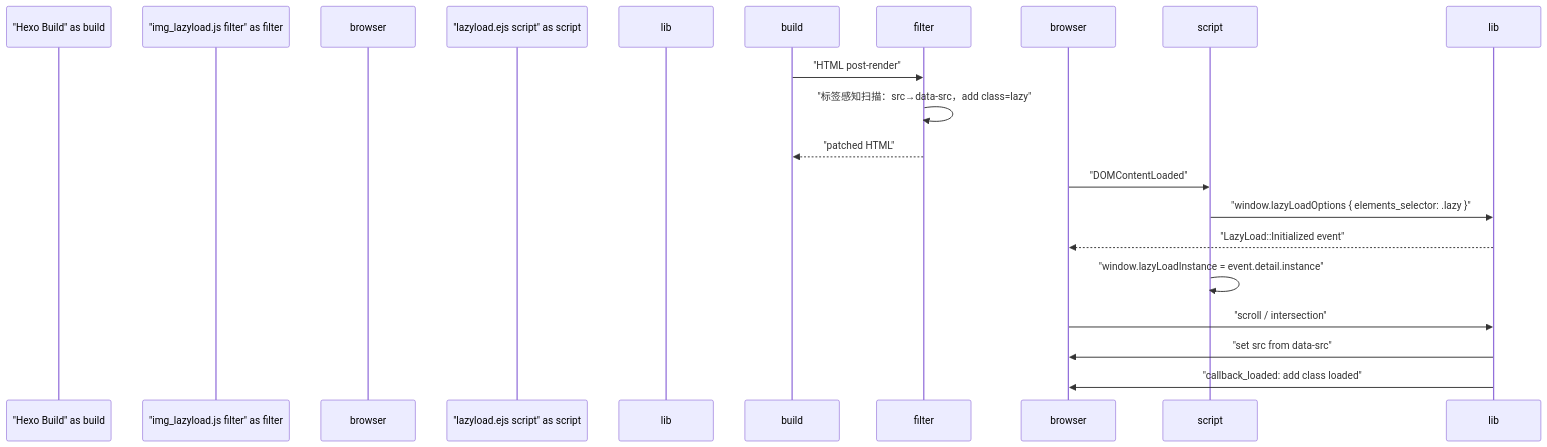
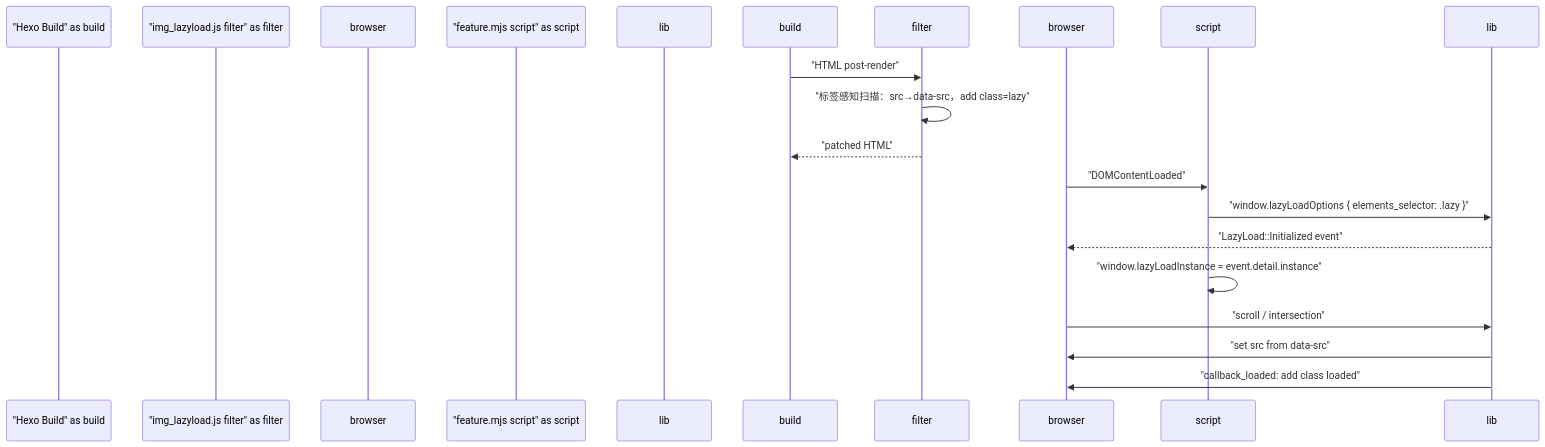
One commit to xaoxuu/hexo-theme-stellar changed the second of 3 diagrams in docs/knowledge/09-高级主题/performance.md. Above: the diagram before and after it, drawn with Mermaid. The commit also changed other lines of this file and 72 other files, not shown here.

````diff
--- a/docs/knowledge/09-高级主题/performance.md
+++ b/docs/knowledge/09-高级主题/performance.md
@@ -90,19 +90,19 @@
 ```mermaid
 sequenceDiagram
   participant "Hexo Build" as build
   participant "img_lazyload.js filter" as filter
   participant "Browser" as browser
-  participant "lazyload.ejs script" as script
+  participant "feature.mjs script" as script
   participant "vanilla-lazyload" as lib
 
   build->>filter: "HTML post-render"
   filter->>filter: "标签感知扫描：src→data-src，add class=lazy"
   filter-->>build: "patched HTML"
   browser->>script: "DOMContentLoaded"
   script->>lib: "window.lazyLoadOptions { elements_selector: .lazy }"
   lib-->>browser: "LazyLoad::Initialized event"
   script->>script: "window.lazyLoadInstance = event.detail.instance"
   browser->>lib: "scroll / intersection"
   lib->>browser: "set src from data-src"
   lib->>browser: "callback_loaded: add class loaded"
 ```
````
